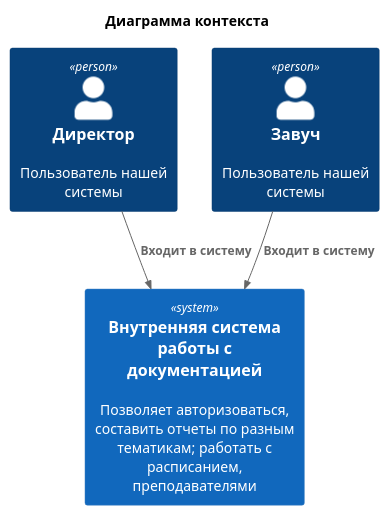
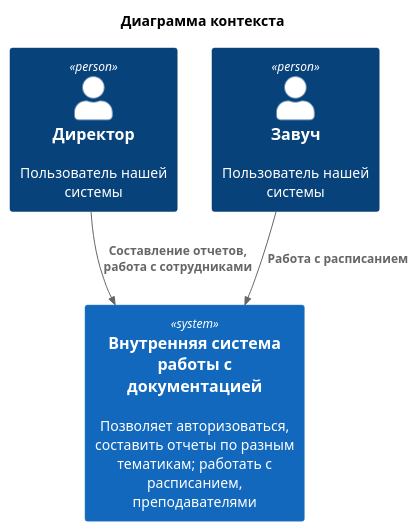
One commit to LiD-Meggatech/architecture changed the diagram in Технический проект/context.puml. Above: the diagram before and after it, drawn with PlantUML. The commit also changed 3 other files, not shown here.

Commit message:
Внесены правки в диаграммы компонентов и контекста

```diff
--- a/Технический проект/context.puml
+++ b/Технический проект/context.puml
@@ -1,14 +1,14 @@
 @startuml Диаграмма контекста
 !include https://raw.githubusercontent.com/plantuml-stdlib/C4-PlantUML/master/C4_Context.puml
 
 title Диаграмма контекста
 
 Person(director, "Директор", "Пользователь нашей системы")
 Person(headTeacher, "Завуч", "Пользователь нашей системы")
 
 System(system, "Внутренняя система работы с документацией", "Позволяет авторизоваться, составить отчеты по разным тематикам; работать с расписанием, преподавателями")
 
-Rel(director, system, "Входит в систему")
-Rel(headTeacher, system, "Входит в систему")
+Rel(director, system, "Составление отчетов, работа с сотрудниками")
+Rel(headTeacher, system, "Работа с расписанием")
 
 @enduml
```
